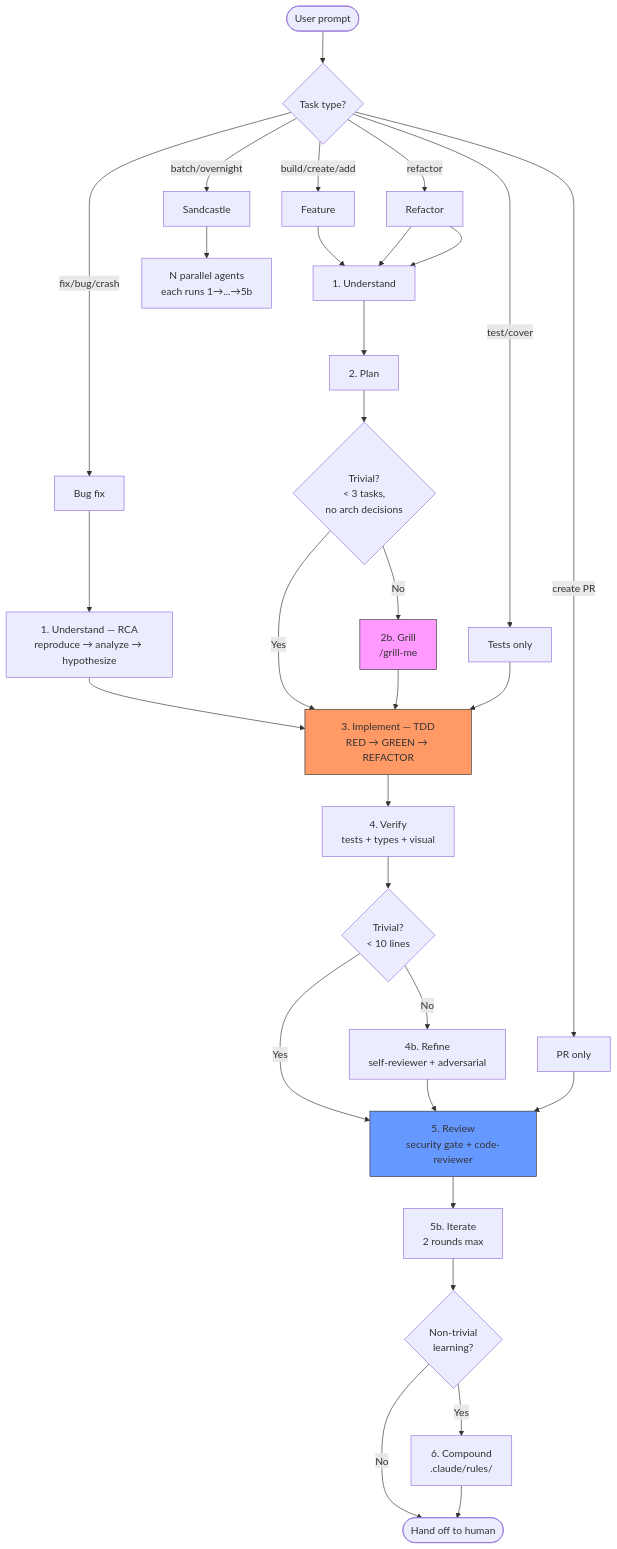
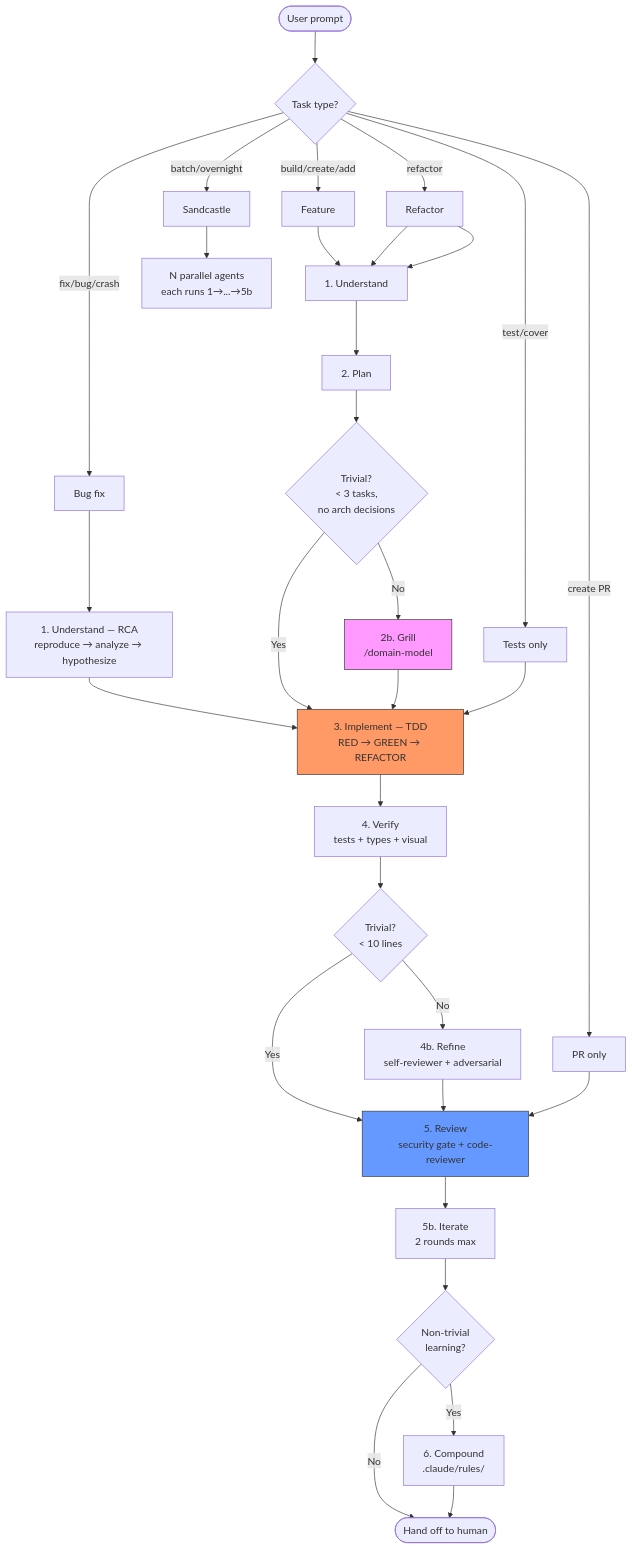
The first of 2 diagrams in development-lifecycle/REFERENCE.md (malinskibeniamin/skills), drawn with Mermaid before and after one commit. The commit also changed other lines of this file and 21 other files, not shown here.

````diff
--- a/development-lifecycle/REFERENCE.md
+++ b/development-lifecycle/REFERENCE.md
@@ -5,48 +5,48 @@
 ```mermaid
 flowchart TD
     Start([User prompt]) --> Detect{Task type?}
 
     Detect -->|"build/create/add"| Feature[Feature]
     Detect -->|"fix/bug/crash"| Bug[Bug fix]
     Detect -->|"refactor"| Refactor[Refactor]
     Detect -->|"test/cover"| TestOnly[Tests only]
     Detect -->|"create PR"| PROnly[PR only]
     Detect -->|"batch/overnight"| Sandbox[Sandcastle]
 
     Feature --> P1[1. Understand]
     Bug --> P1_RCA[1. Understand — RCA<br/>reproduce → analyze → hypothesize]
     Refactor --> P1
 
     P1 --> P2[2. Plan]
     P1_RCA --> P3
 
     P2 --> Trivial{Trivial?<br/>< 3 tasks,<br/>no arch decisions}
-    Trivial -->|No| Grill[2b. Grill<br/>/grill-me]
+    Trivial -->|No| Grill[2b. Grill<br/>/domain-model]
     Trivial -->|Yes| P3
     Grill --> P3
 
     TestOnly --> P3
     P3[3. Implement — TDD<br/>RED → GREEN → REFACTOR]
 
     P3 --> P4[4. Verify<br/>tests + types + visual]
     P4 --> SmallDiff{Trivial?<br/>< 10 lines}
     SmallDiff -->|No| P4b[4b. Refine<br/>self-reviewer + adversarial]
     SmallDiff -->|Yes| P5
     P4b --> P5
 
     PROnly --> P5
     Refactor --> P1
 
     P5[5. Review<br/>security gate + code-reviewer]
     P5 --> P5b[5b. Iterate<br/>2 rounds max]
     P5b --> Learn{Non-trivial<br/>learning?}
     Learn -->|Yes| P6[6. Compound<br/>.claude/rules/]
     Learn -->|No| Done([Hand off to human])
     P6 --> Done
 
     Sandbox --> Parallel[N parallel agents<br/>each runs 1→...→5b]
 
     style P3 fill:#f96,stroke:#333
     style Grill fill:#f9f,stroke:#333
     style P5 fill:#69f,stroke:#333
 ```
````
